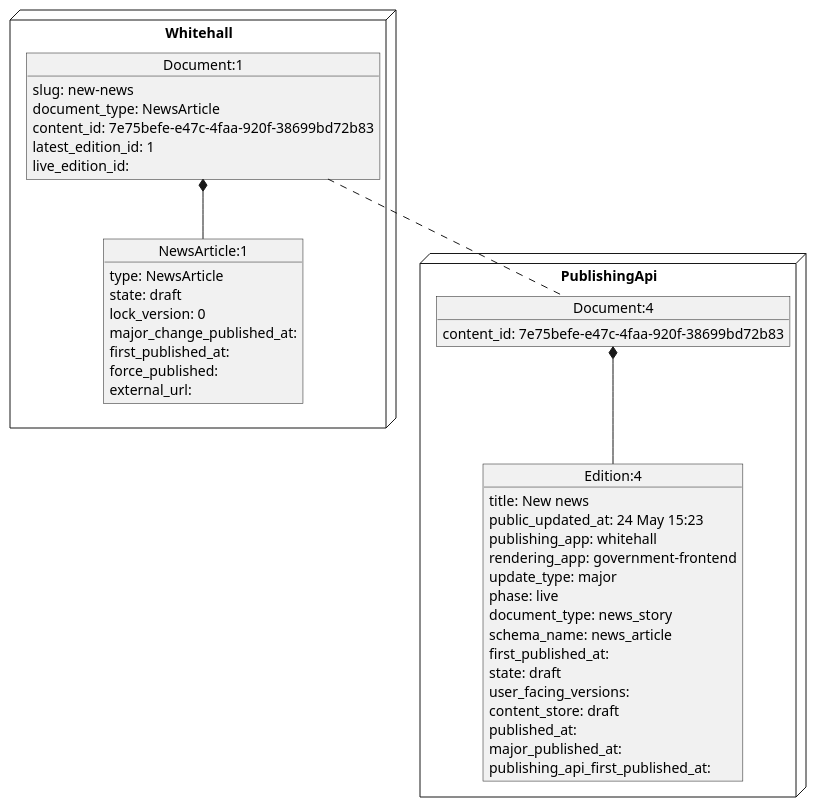
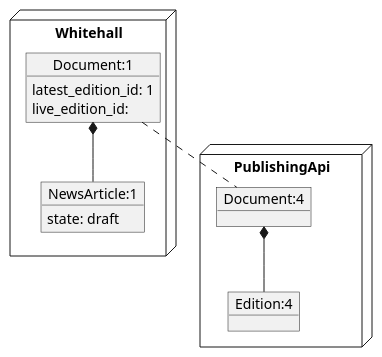
Before and after one commit to alphagov/whitehall: the diagram in docs/diagrams/asset_management/asset_scenarios/new_document_with_attachments/1_new_document.puml, drawn with PlantUML. The commit also changed 32 other files, not shown here.

First line of the commit message:
Added markdown and plantuml docs for asset state change scenarios

```diff
--- a/docs/diagrams/asset_management/asset_scenarios/new_document_with_attachments/1_new_document.puml
+++ b/docs/diagrams/asset_management/asset_scenarios/new_document_with_attachments/1_new_document.puml
@@ -1,47 +1,22 @@
 @startuml
 node Whitehall {
 object "Document:1" as Document_1 {
-  slug: new-news
-  document_type: NewsArticle
-  content_id: 7e75befe-e47c-4faa-920f-38699bd72b83
   latest_edition_id: 1
   live_edition_id:
 }
 together {
 object "NewsArticle:1" as NewsArticle_1 {
-  type: NewsArticle
   state: draft
-  lock_version: 0
-  major_change_published_at:
-  first_published_at:
-  force_published:
-  external_url:
 }
 Document_1 *-- NewsArticle_1
 }
 }
 node PublishingApi {
 object "Document:4" as pubapi_Document_4 {
-  content_id: 7e75befe-e47c-4faa-920f-38699bd72b83
 }
 object "Edition:4" as pubapi_Edition_4 {
-  title: New news
-  public_updated_at: 24 May 15:23
-  publishing_app: whitehall
-  rendering_app: government-frontend
-  update_type: major
-  phase: live
-  document_type: news_story
-  schema_name: news_article
-  first_published_at:
-  state: draft
-  user_facing_versions:
-  content_store: draft
-  published_at:
-  major_published_at:
-  publishing_api_first_published_at:
 }
 pubapi_Document_4 *-- pubapi_Edition_4
 }
 Document_1 .. pubapi_Document_4
 @enduml
```
